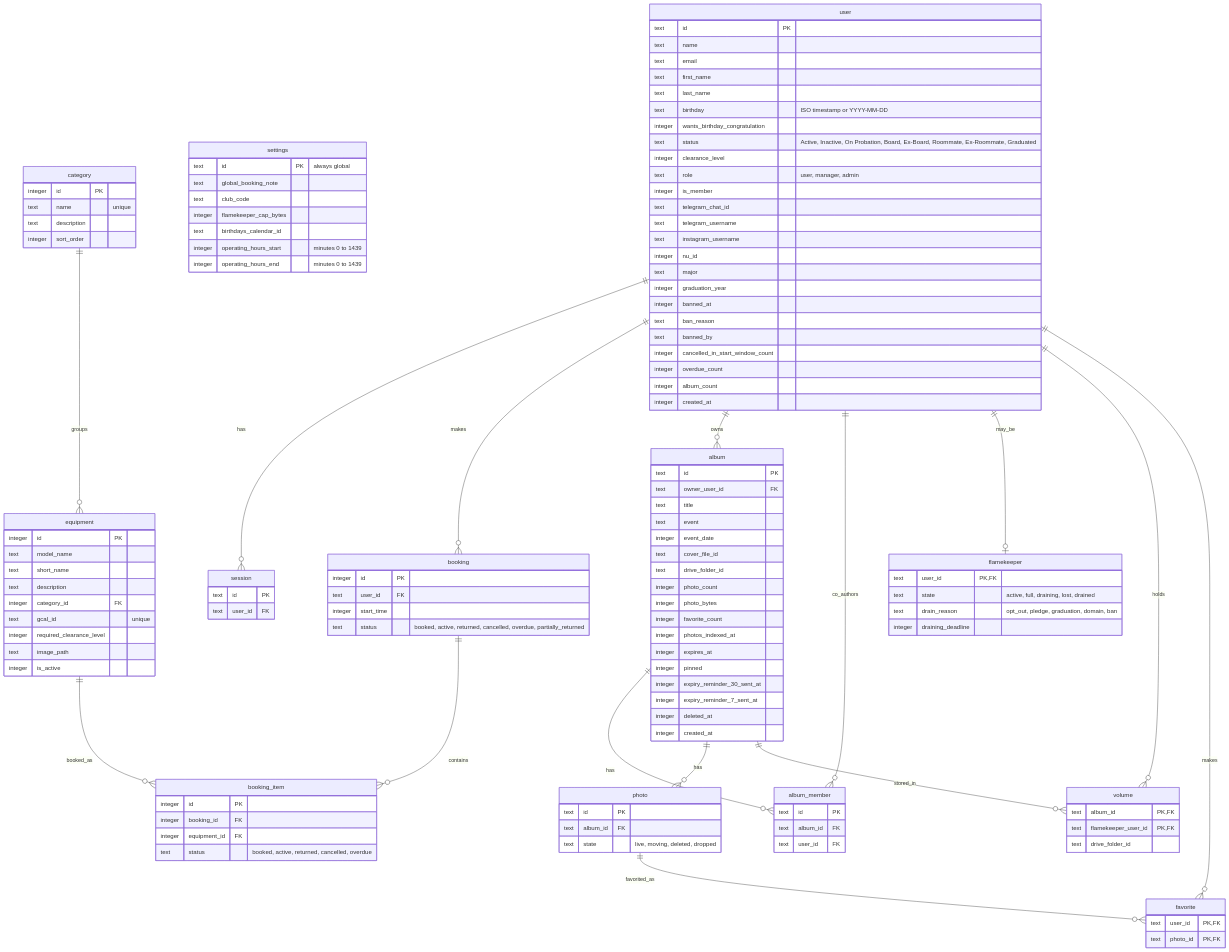
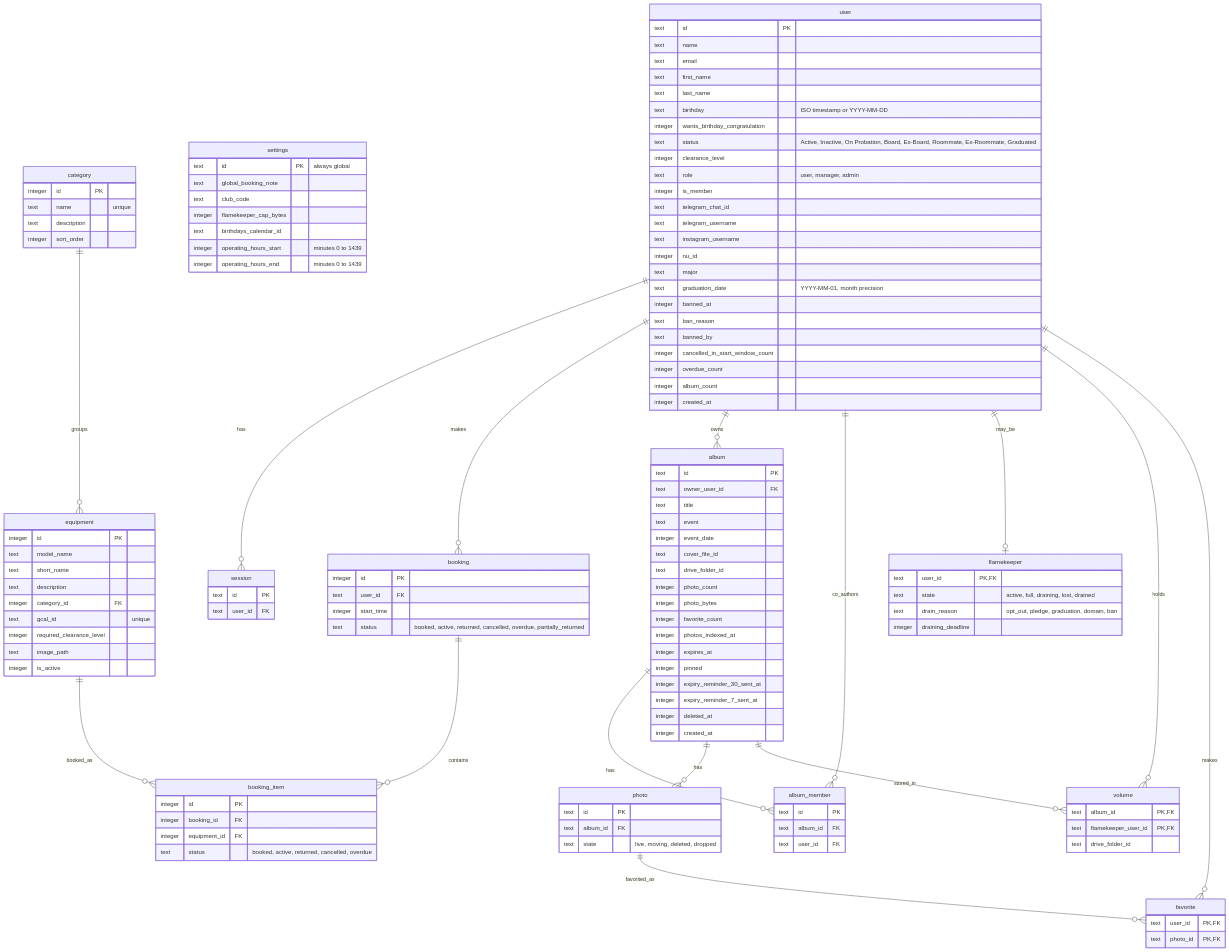
One commit to sagyzdop/meriksirat changed the diagram in docs/scenarios/admin/erd.md. Above: the diagram before and after it, drawn with Mermaid. The commit also changed 38 other files, not shown here.

First line of the commit message:
feat(graduation): one graduation date on the user

```diff
--- a/docs/scenarios/admin/erd.md
+++ b/docs/scenarios/admin/erd.md
@@ -29,7 +29,7 @@
         text instagram_username
         integer nu_id
         text major
-        integer graduation_year
+        text graduation_date "YYYY-MM-01, month precision"
         integer banned_at
         text ban_reason
         text banned_by
```
